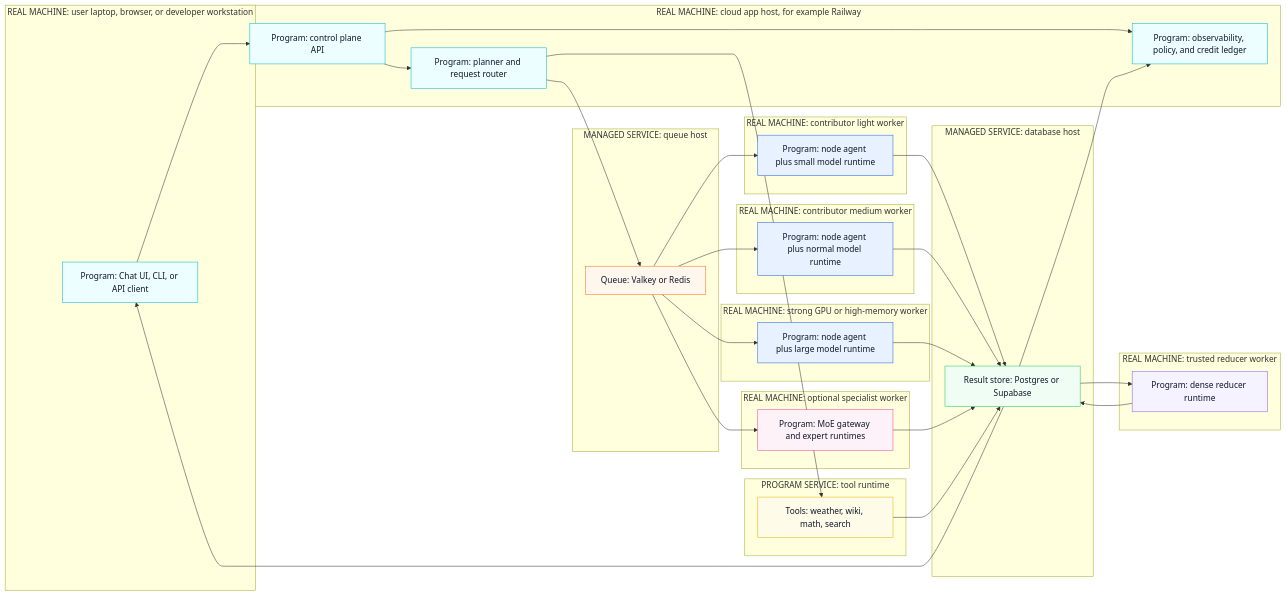
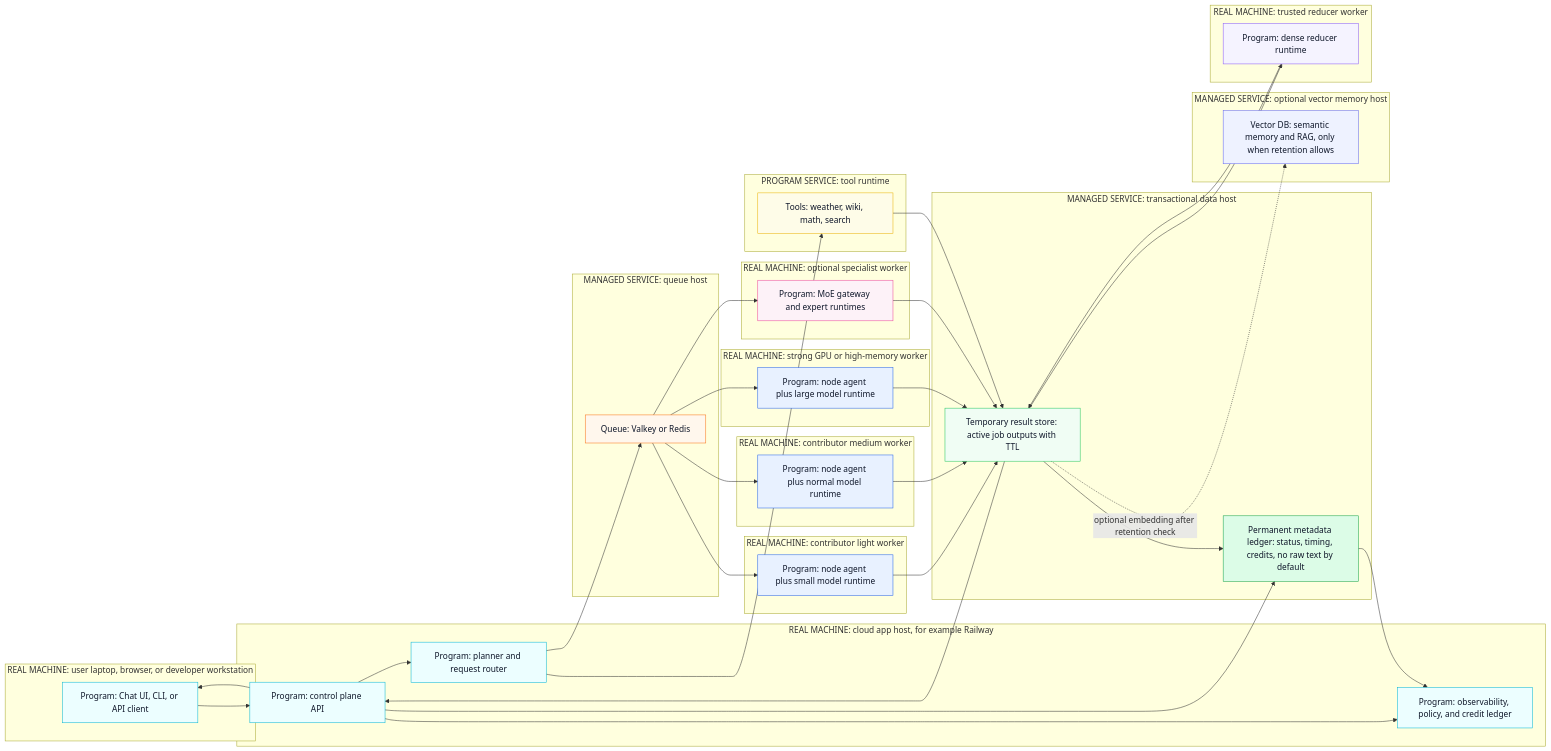
One commit to novusmundus2025/control-plane changed the first of 2 diagrams in docs/business-requirements.md. Above: the diagram before and after it, drawn with Mermaid. The commit also changed other lines of this file, not shown here.

Commit message:
Complete architecture result flow diagram

````diff
--- a/docs/business-requirements.md
+++ b/docs/business-requirements.md
@@ -273,71 +273,82 @@
 ```mermaid
 flowchart LR
     subgraph userMachine["REAL MACHINE: user laptop, browser, or developer workstation"]
         chat["Program: Chat UI, CLI, or API client"]:::program
     end
 
     subgraph controlPlaneMachine["REAL MACHINE: cloud app host, for example Railway"]
         cp["Program: control plane API"]:::program
         router["Program: planner and request router"]:::program
         obs["Program: observability, policy, and credit ledger"]:::program
     end
 
     subgraph queueMachine["MANAGED SERVICE: queue host"]
         queue["Queue: Valkey or Redis"]:::queue
     end
 
-    subgraph storeMachine["MANAGED SERVICE: database host"]
-        db["Result store: Postgres or Supabase"]:::store
+    subgraph storeMachine["MANAGED SERVICE: transactional data host"]
+        tempStore["Temporary result store: active job outputs with TTL"]:::store
+        ledger["Permanent metadata ledger: status, timing, credits, no raw text by default"]:::ledger
+    end
+
+    subgraph memoryMachine["MANAGED SERVICE: optional vector memory host"]
+        vectorMemory["Vector DB: semantic memory and RAG, only when retention allows"]:::vector
     end
 
     subgraph toolMachine["PROGRAM SERVICE: tool runtime"]
         tools["Tools: weather, wiki, math, search"]:::tool
     end
 
     subgraph lightMachine["REAL MACHINE: contributor light worker"]
         light["Program: node agent plus small model runtime"]:::worker
     end
 
     subgraph mediumMachine["REAL MACHINE: contributor medium worker"]
         medium["Program: node agent plus normal model runtime"]:::worker
     end
 
     subgraph strongMachine["REAL MACHINE: strong GPU or high-memory worker"]
         strong["Program: node agent plus large model runtime"]:::worker
     end
 
     subgraph reducerMachine["REAL MACHINE: trusted reducer worker"]
         reducer["Program: dense reducer runtime"]:::reducer
     end
 
     subgraph moeMachine["REAL MACHINE: optional specialist worker"]
         moe["Program: MoE gateway and expert runtimes"]:::moe
     end
 
     chat --> cp --> router
     router --> queue
     router --> tools
     queue --> light
     queue --> medium
     queue --> strong
     queue --> moe
-    light --> db
-    medium --> db
-    strong --> db
-    moe --> db
-    db --> reducer
-    tools --> db
-    reducer --> db
-    db --> chat
+    light --> tempStore
+    medium --> tempStore
+    strong --> tempStore
+    moe --> tempStore
+    tools --> tempStore
+    tempStore --> reducer
+    reducer --> tempStore
+    tempStore --> cp
+    cp --> chat
+    tempStore --> ledger
+    cp --> ledger
+    tempStore -. "optional embedding after retention check" .-> vectorMemory
     cp --> obs
-    db --> obs
+    ledger --> obs
 
     classDef machine fill:#e8f1ff,stroke:#3b82f6,color:#0f172a
     classDef program fill:#ecfeff,stroke:#06b6d4,color:#0f172a
     classDef worker fill:#e8f1ff,stroke:#2563eb,color:#0f172a
     classDef queue fill:#fff7ed,stroke:#f97316,color:#0f172a
     classDef store fill:#f0fdf4,stroke:#22c55e,color:#0f172a
+    classDef ledger fill:#dcfce7,stroke:#16a34a,color:#0f172a
+    classDef vector fill:#eef2ff,stroke:#6366f1,color:#0f172a
     classDef reducer fill:#f5f3ff,stroke:#8b5cf6,color:#0f172a
     classDef tool fill:#fefce8,stroke:#eab308,color:#0f172a
     classDef moe fill:#fdf2f8,stroke:#ec4899,color:#0f172a
 ```
````
